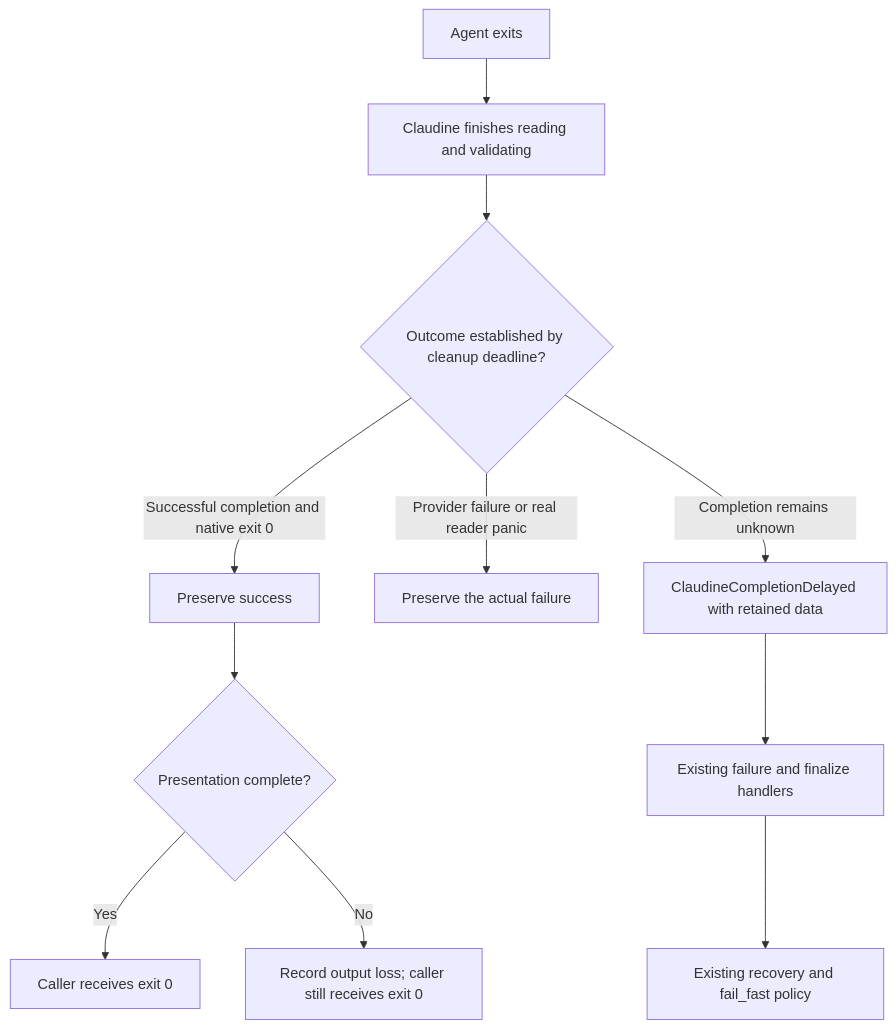
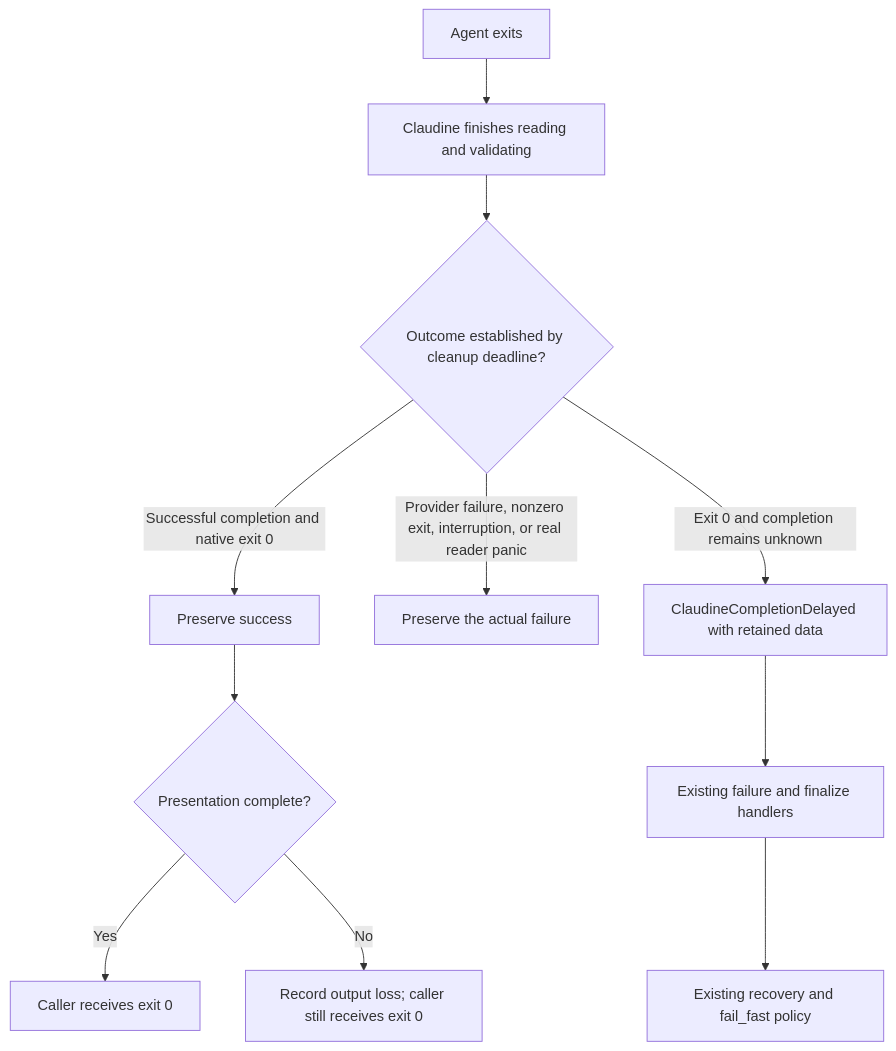
The diagram in claudine/fixes/2026-10-07-claudine-completion-delayed/spec.md (yankeeinlondon/rusty-biscuit), drawn with Mermaid before and after one commit. The commit also changed other lines of this file and 2 other files, not shown here.

````diff
--- a/claudine/fixes/2026-10-07-claudine-completion-delayed/spec.md
+++ b/claudine/fixes/2026-10-07-claudine-completion-delayed/spec.md
@@ -101,13 +178,13 @@
 ```mermaid
 flowchart TD
     A[Agent exits] --> B[Claudine finishes reading and validating]
     B --> C{Outcome established by cleanup deadline?}
     C -->|Successful completion and native exit 0| D[Preserve success]
     D --> E{Presentation complete?}
     E -->|Yes| F[Caller receives exit 0]
     E -->|No| G[Record output loss; caller still receives exit 0]
-    C -->|Provider failure or real reader panic| H[Preserve the actual failure]
-    C -->|Completion remains unknown| I[ClaudineCompletionDelayed with retained data]
+    C -->|Provider failure, nonzero exit, interruption, or real reader panic| H[Preserve the actual failure]
+    C -->|Exit 0 and completion remains unknown| I[ClaudineCompletionDelayed with retained data]
     I --> J[Existing failure and finalize handlers]
     J --> K[Existing recovery and fail_fast policy]
 ```
````
